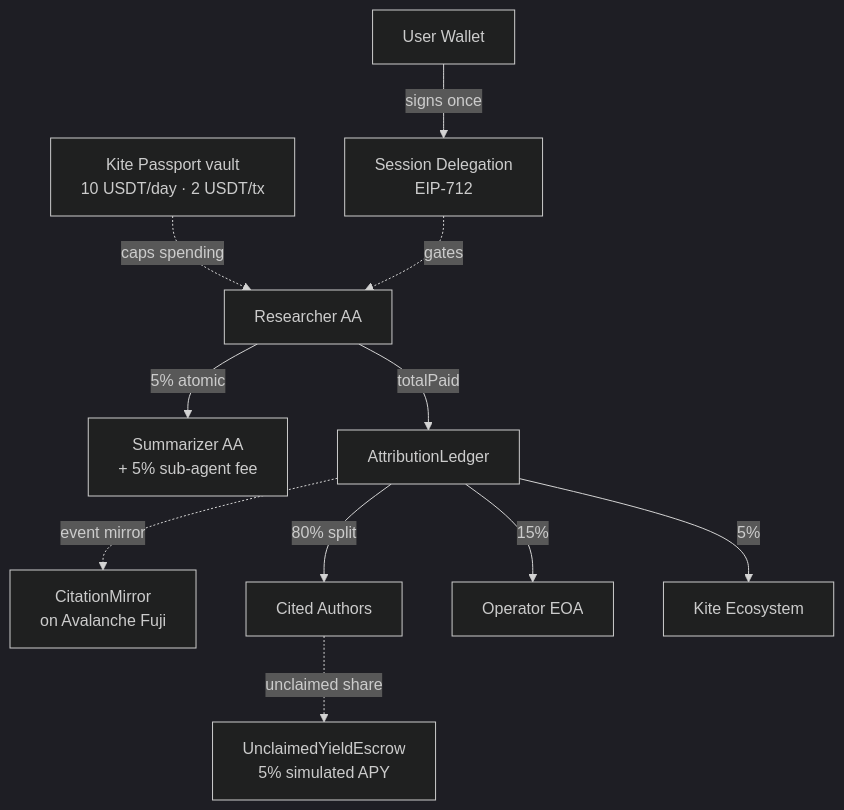
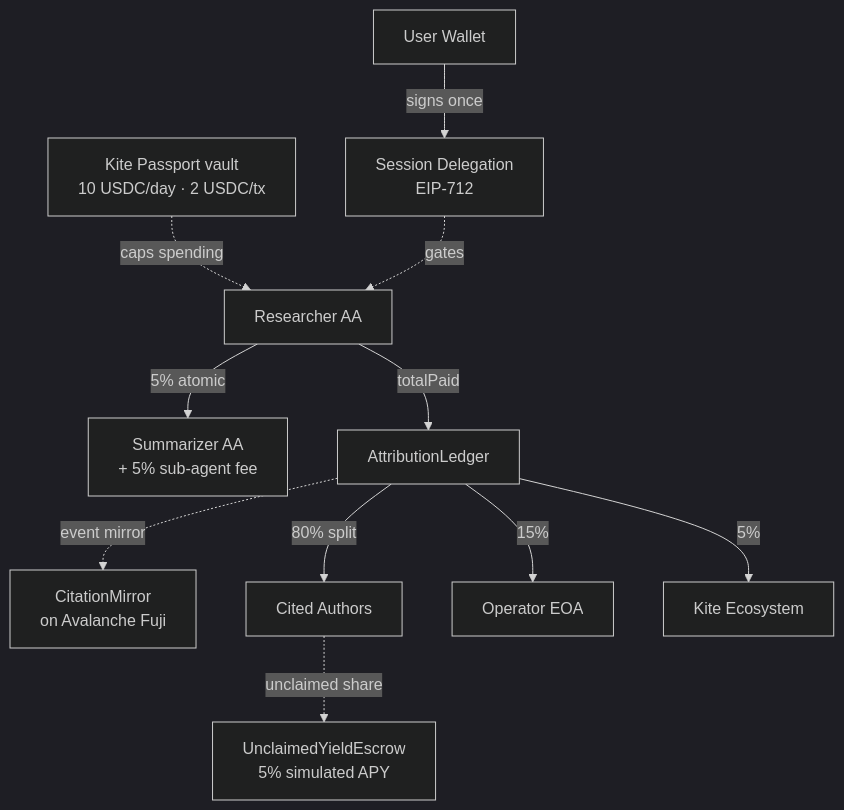
One commit to PugarHuda/kutip changed the diagram in docs/architecture.md. Above: the diagram before and after it, drawn with Mermaid (dark theme). The commit also changed other lines of this file and 53 other files, not shown here.

````diff
--- a/docs/architecture.md
+++ b/docs/architecture.md
@@ -46,25 +46,25 @@
 ```mermaid
 flowchart TB
     User[User Wallet]
     Passport[Session Delegation<br/>EIP-712]
-    Vault[Kite Passport vault<br/>10 USDT/day · 2 USDT/tx]
+    Vault[Kite Passport vault<br/>10 USDC/day · 2 USDC/tx]
     Researcher[Researcher AA]
     Summarizer[Summarizer AA<br/>+ 5% sub-agent fee]
     Ledger[AttributionLedger]
     Escrow[UnclaimedYieldEscrow<br/>5% simulated APY]
     Mirror[CitationMirror<br/>on Avalanche Fuji]
     Authors[Cited Authors]
     Operator[Operator EOA]
     Eco[Kite Ecosystem]
 
     User -- signs once --> Passport
     Vault -. caps spending .-> Researcher
     Passport -. gates .-> Researcher
     Researcher -- 5% atomic --> Summarizer
     Researcher -- totalPaid --> Ledger
     Ledger -- 80% split --> Authors
     Ledger -- 15% --> Operator
     Ledger -- 5% --> Eco
     Authors -. unclaimed share .-> Escrow
     Ledger -. event mirror .-> Mirror
 ```
````
